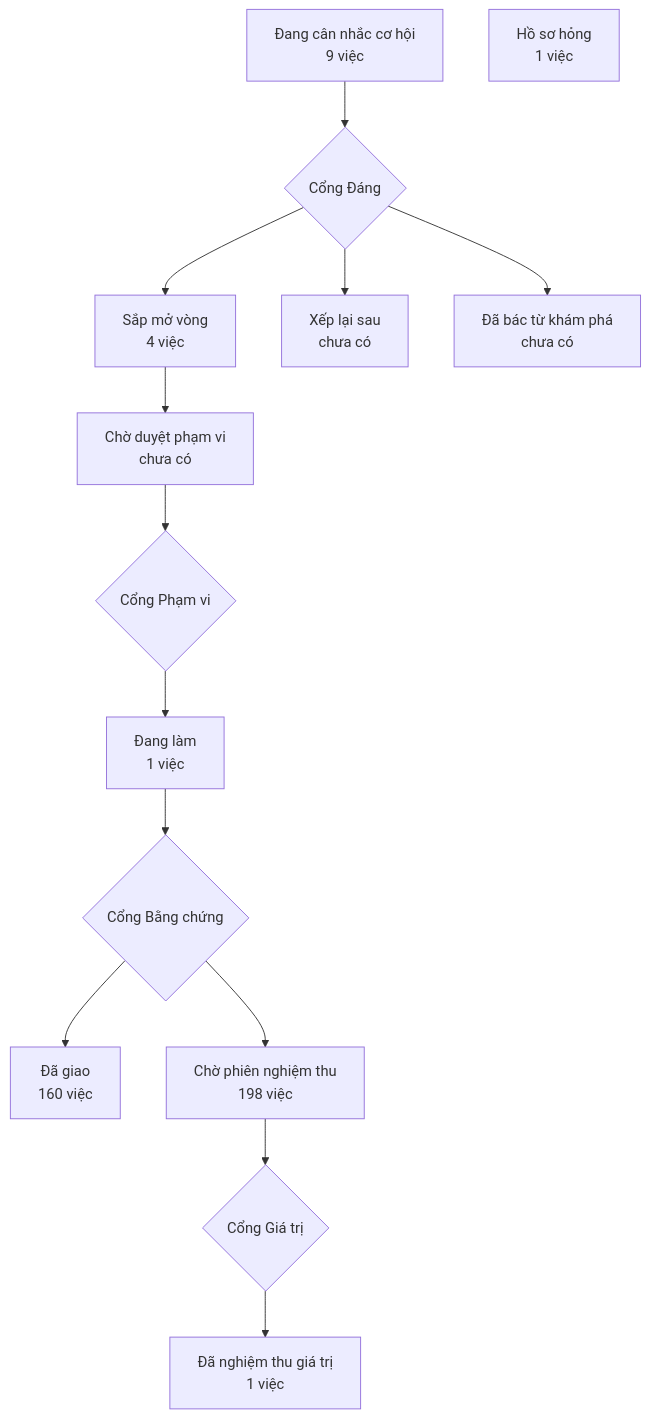
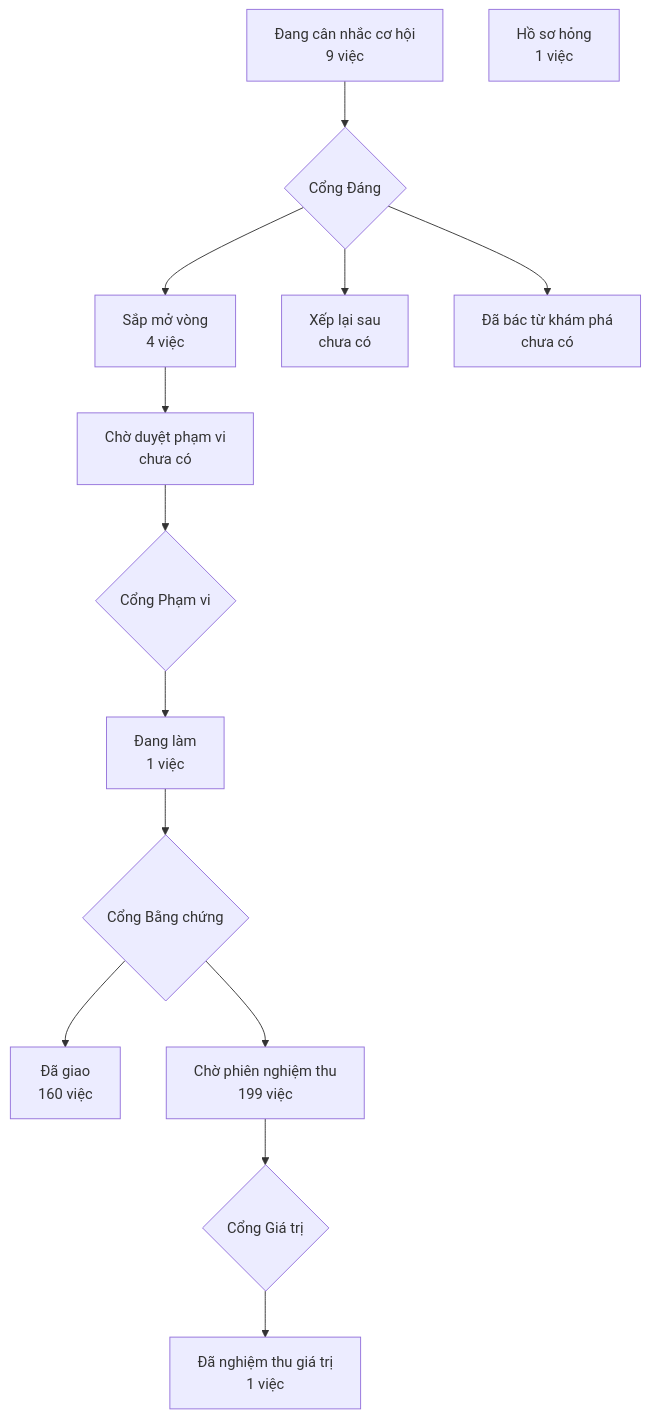
The diagram in PRODUCT-MAP.md (phanlemanh/crm-onehub), drawn with Mermaid before and after one commit. The commit also changed other lines of this file and 1 other file, not shown here.

Commit message:
chore(ve-khung-muc-tieu-dung-kr): vẽ lại bản đồ sản phẩm bằng máy

````diff
--- a/PRODUCT-MAP.md
+++ b/PRODUCT-MAP.md
@@ -7,13 +7,13 @@
 ```mermaid
 flowchart TD
   A["Đang cân nhắc cơ hội<br/>9 việc"] --> GD{"Cổng Đáng"}
   GD --> B["Sắp mở vòng<br/>4 việc"]
   GD --> XL["Xếp lại sau<br/>chưa có"]
   GD --> DB["Đã bác từ khám phá<br/>chưa có"]
   B --> CD["Chờ duyệt phạm vi<br/>chưa có"] --> GP{"Cổng Phạm vi"}
   GP --> DL["Đang làm<br/>1 việc"] --> GB{"Cổng Bằng chứng"}
   GB --> DG["Đã giao<br/>160 việc"]
-  GB --> CN["Chờ phiên nghiệm thu<br/>198 việc"] --> GG{"Cổng Giá trị"}
+  GB --> CN["Chờ phiên nghiệm thu<br/>199 việc"] --> GG{"Cổng Giá trị"}
   GG --> NT["Đã nghiệm thu giá trị<br/>1 việc"]
   HS["Hồ sơ hỏng<br/>1 việc"]
 ```
````
